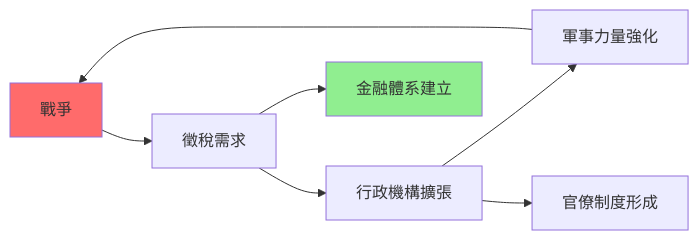
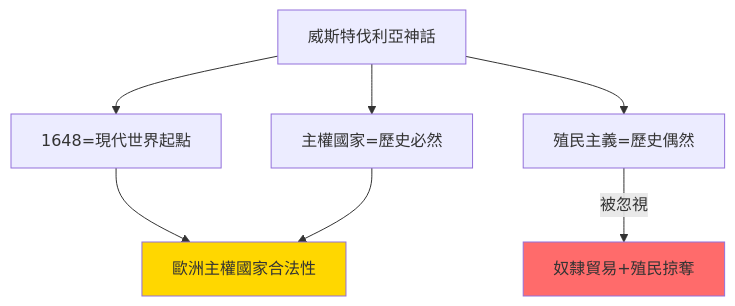
The first of 10 diagrams in 01_HKU_Courses/HIST2079_Early_modern_Europe.md (yip-lgtm/HKU-Harvard-History-Self-Study), drawn with Mermaid before and after one commit. The commit also changed other lines of this file and 25 other files, not shown here.

````diff
--- a/01_HKU_Courses/HIST2079_Early_modern_Europe.md
+++ b/01_HKU_Courses/HIST2079_Early_modern_Europe.md
@@ -106,11 +129,11 @@
 ```mermaid
-graph LR
-    A["戰爭"] --> B["徵稅需求"]
-    B --> C["行政機構擴張"]
-    C --> D["軍事力量強化"]
-    D --> A
-    B --> E["金融體系建立"]
-    C --> F["官僚制度形成"]
-    style A fill:#FF6B6B
-    style E fill:#90EE90
+graph TD
+    A["威斯特伐利亞神話"] --> B["1648=現代世界起點"]
+    A --> C["主權國家=歷史必然"]
+    A --> D["殖民主義=歷史偶然"]
+    B --> E["歐洲主權國家合法性"]
+    C --> E
+    D -->|"被忽視"| F["奴隸貿易+殖民掠奪"]
+    style E fill:#FFD700
+    style F fill:#FF6B6B
 ```
````
